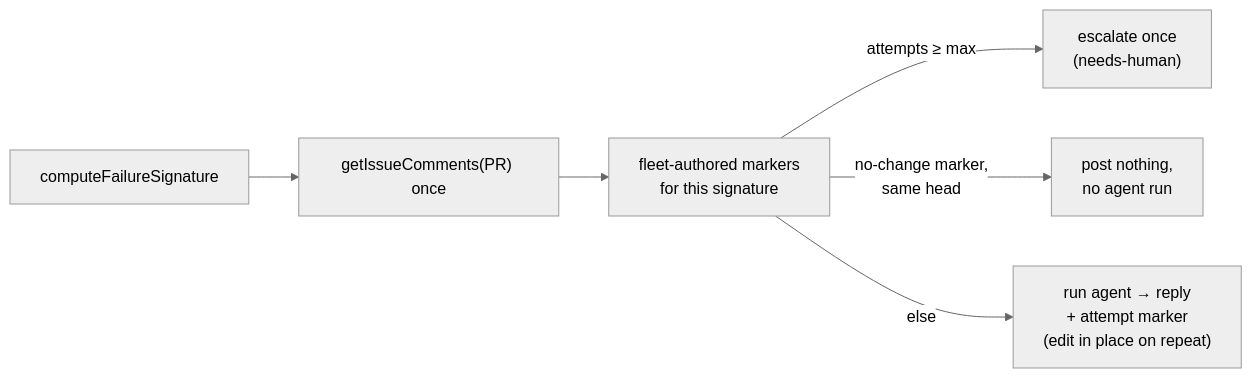
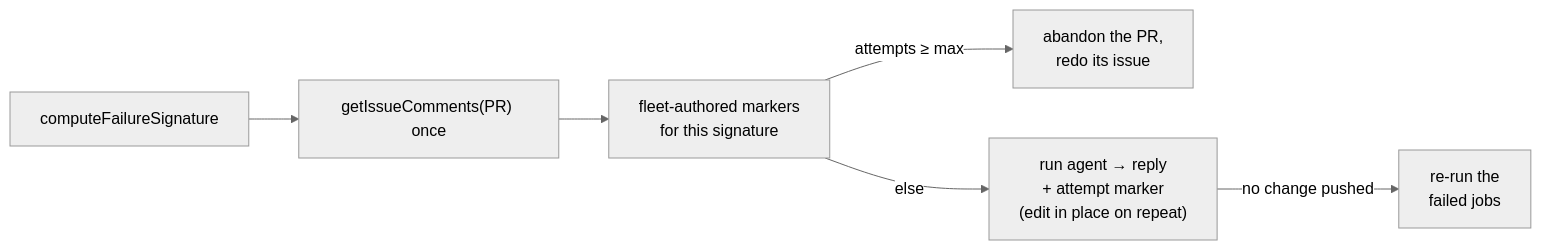
One commit to stSoftwareAU/VibeCoder changed the fourth of 7 diagrams in docs/workflows/ci-fix.md. Above: the diagram before and after it, drawn with Mermaid (neutral theme). The commit also changed other lines of this file and 42 other files, not shown here.

Commit message:
Stop the CI-fix lane handing PRs back to a human (Issue #4304) (#4307)

````diff
--- a/docs/workflows/ci-fix.md
+++ b/docs/workflows/ci-fix.md
@@ -170,8 +172,8 @@
 ```mermaid
 flowchart LR
     S["computeFailureSignature"] --> C["getIssueComments(PR) once"]
     C --> M["fleet-authored markers<br/>for this signature"]
-    M -->|"attempts ≥ max"| E["escalate once<br/>(needs-human)"]
-    M -->|"no-change marker,<br/>same head"| Q["post nothing,<br/>no agent run"]
+    M -->|"attempts ≥ max"| E["abandon the PR,<br/>redo its issue"]
     M -->|"else"| R["run agent → reply<br/>+ attempt marker<br/>(edit in place on repeat)"]
+    R -->|"no change pushed"| X["re-run the<br/>failed jobs"]
 ```
````
